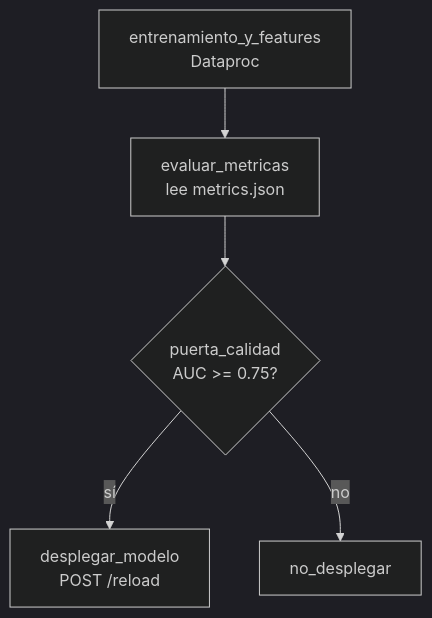
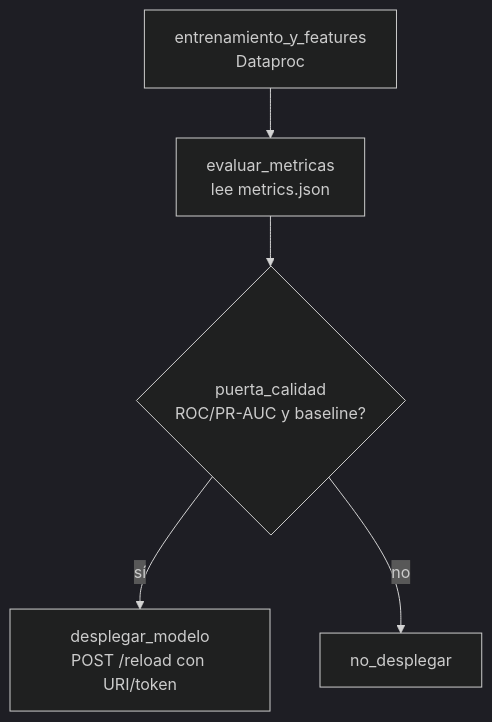
Before and after one commit to ChemaSarmiento/Big_Data_UP: the diagram in slides_maestria/sesion-12.md, drawn with Mermaid (dark theme). The commit also changed other lines of this file and 90 other files, not shown here.

````diff
--- a/slides_maestria/sesion-12.md
+++ b/slides_maestria/sesion-12.md
@@ -24,7 +24,7 @@
 ```mermaid {scale: 0.55}
 flowchart TD
     A[entrenamiento_y_features<br/>Dataproc] --> B[evaluar_metricas<br/>lee metrics.json]
-    B --> C{puerta_calidad<br/>AUC >= 0.75?}
-    C -->|sí| D[desplegar_modelo<br/>POST /reload]
+    B --> C{puerta_calidad<br/>ROC/PR-AUC y baseline?}
+    C -->|sí| D[desplegar_modelo<br/>POST /reload con URI/token]
     C -->|no| E[no_desplegar]
 ```
````
